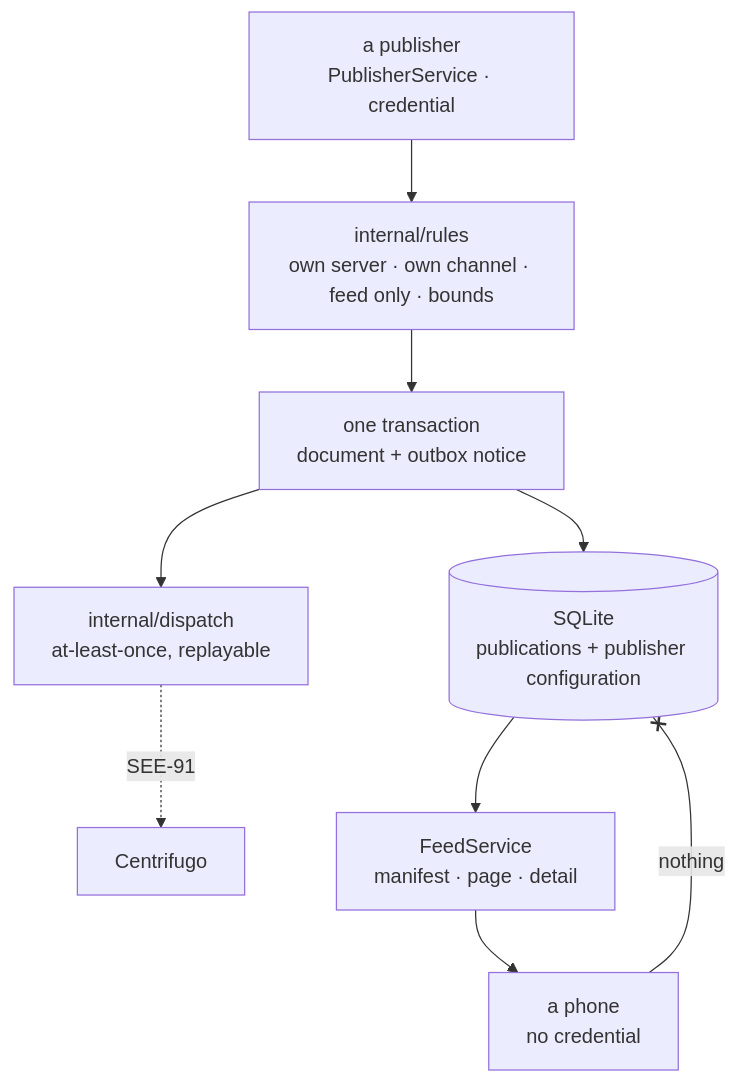
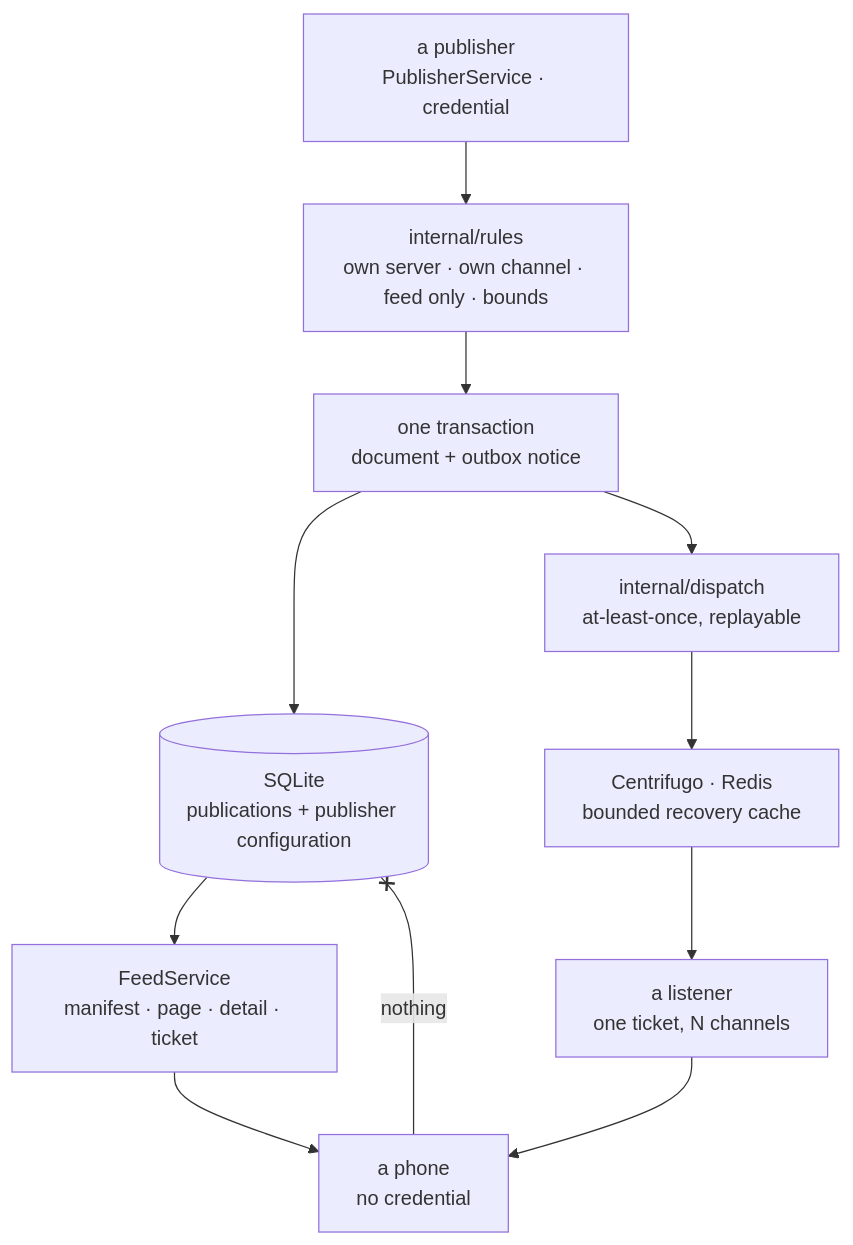
One commit to SeekerAgentConnect/sac changed the ninth of 9 diagrams in docs/architecture.md. Above: the diagram before and after it, drawn with Mermaid. The commit also changed other lines of this file and 147 other files, not shown here.

First line of the commit message:
feat(SEE-91): stream a feed through Centrifugo and Redis, and recover a listener

````diff
--- a/docs/architecture.md
+++ b/docs/architecture.md
@@ -274,11 +274,13 @@
 ```mermaid
 flowchart TB
     Publisher["a publisher<br>PublisherService · credential"] --> Rules
     Rules["internal/rules<br>own server · own channel · feed only · bounds"] --> Commit
     Commit["one transaction<br>document + outbox notice"] --> Store[("SQLite<br>publications + publisher configuration")]
     Commit --> Drain["internal/dispatch<br>at-least-once, replayable"]
-    Drain -. "SEE-91" .-> Stream["Centrifugo"]
-    Store --> Read["FeedService<br>manifest · page · detail"]
+    Drain --> Broker["Centrifugo · Redis<br>bounded recovery cache"]
+    Broker --> Listen["a listener<br>one ticket, N channels"]
+    Store --> Read["FeedService<br>manifest · page · detail · ticket"]
     Read --> Phone["a phone<br>no credential"]
+    Listen --> Phone
     Phone -- "nothing" --x Store
 ```
````
